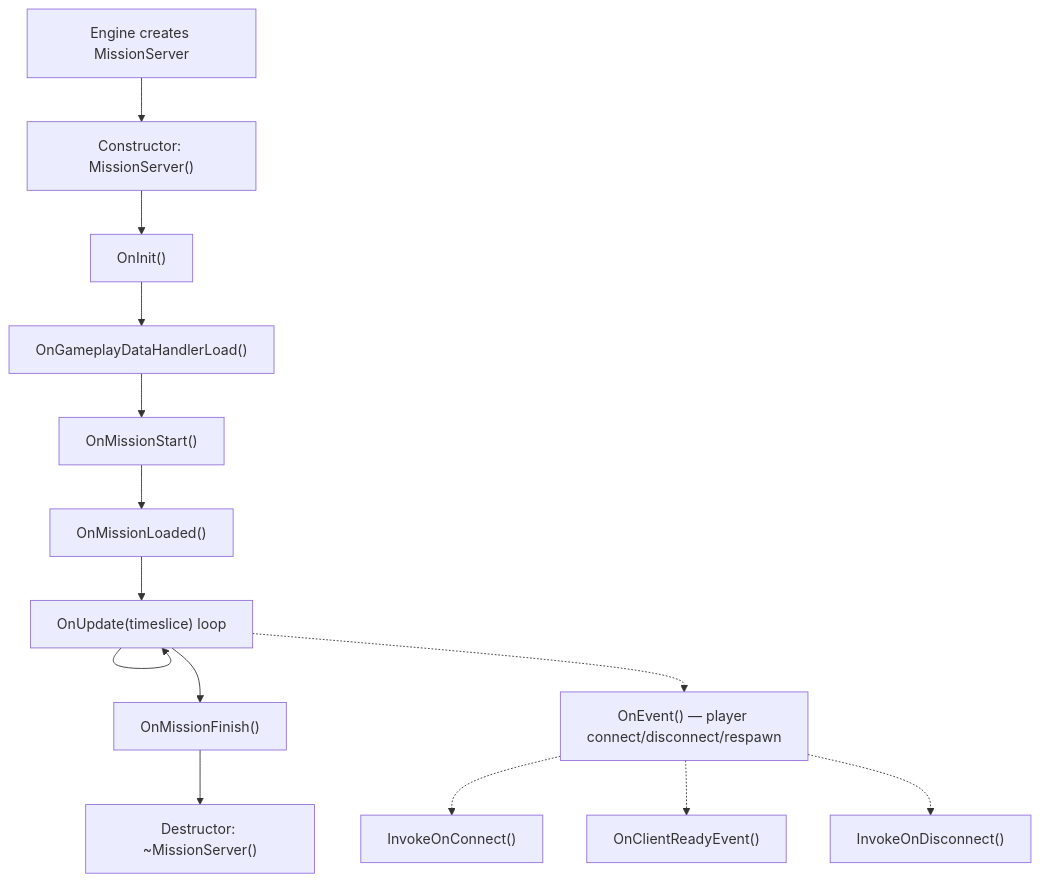
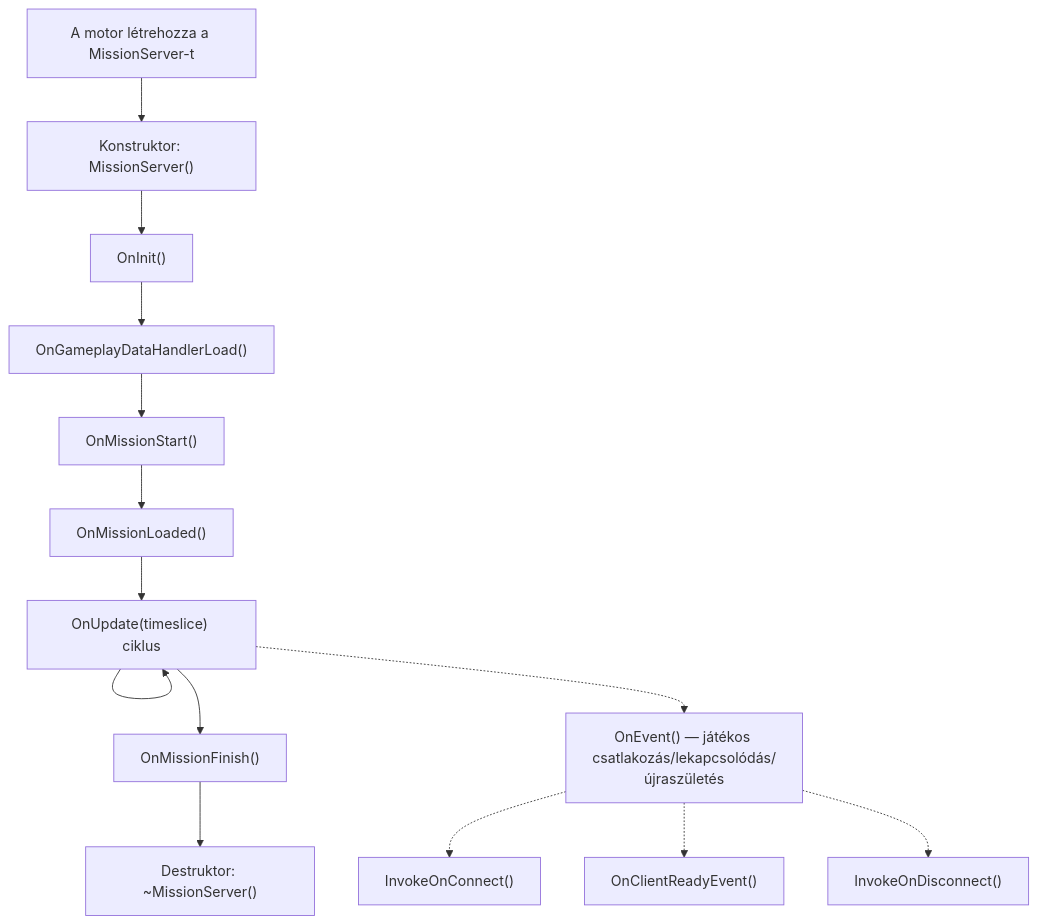
The first of 5 diagrams in hu/06-engine-api/11-mission-hooks.md (StarDZ-Team/DayZ-Modding-Wiki), drawn with Mermaid before and after one commit. The commit also changed other lines of this file and 17 other files, not shown here.

````diff
--- a/hu/06-engine-api/11-mission-hooks.md
+++ b/hu/06-engine-api/11-mission-hooks.md
@@ -36,17 +36,17 @@
 ```mermaid
 flowchart TD
-    A["Engine creates MissionServer"] --> B["Constructor: MissionServer()"]
+    A["A motor létrehozza a MissionServer-t"] --> B["Konstruktor: MissionServer()"]
     B --> C["OnInit()"]
     C --> D["OnGameplayDataHandlerLoad()"]
     D --> E["OnMissionStart()"]
     E --> F["OnMissionLoaded()"]
-    F --> G["OnUpdate(timeslice) loop"]
+    F --> G["OnUpdate(timeslice) ciklus"]
     G --> G
     G --> H["OnMissionFinish()"]
-    H --> I["Destructor: ~MissionServer()"]
+    H --> I["Destruktor: ~MissionServer()"]
 
-    G -.-> J["OnEvent() — player connect/disconnect/respawn"]
+    G -.-> J["OnEvent() — játékos csatlakozás/lekapcsolódás/újraszületés"]
     J -.-> K["InvokeOnConnect()"]
     J -.-> L["OnClientReadyEvent()"]
     J -.-> M["InvokeOnDisconnect()"]
 ```
````
